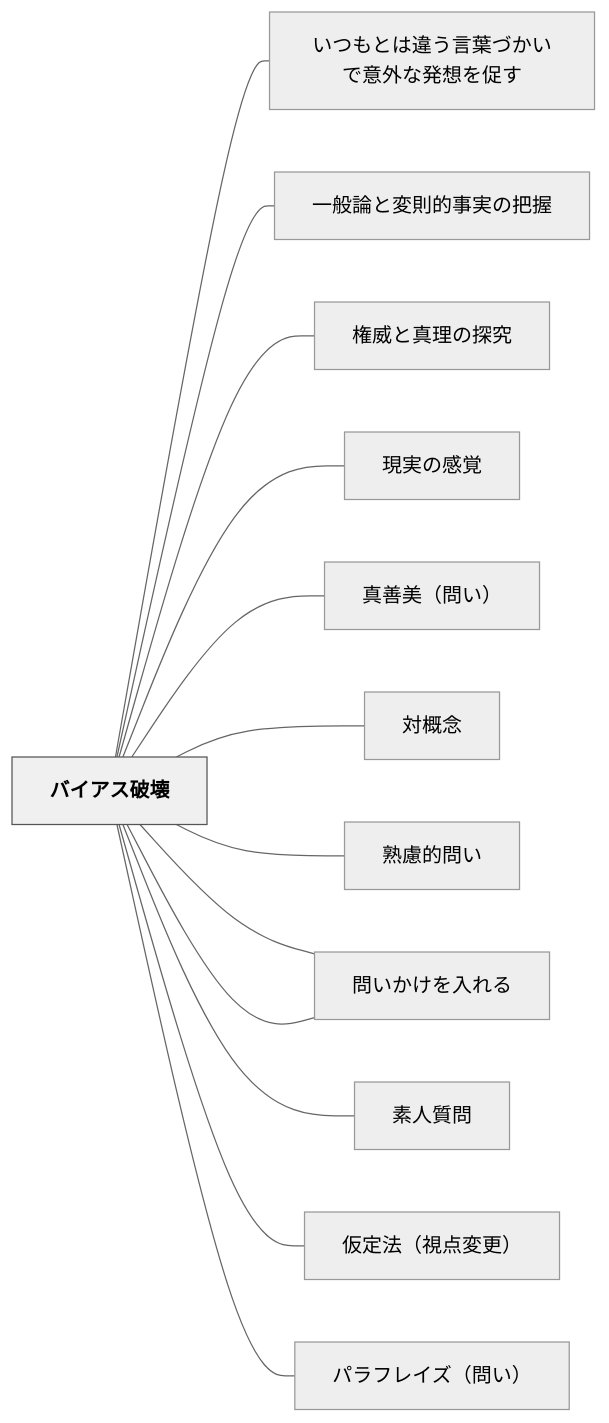
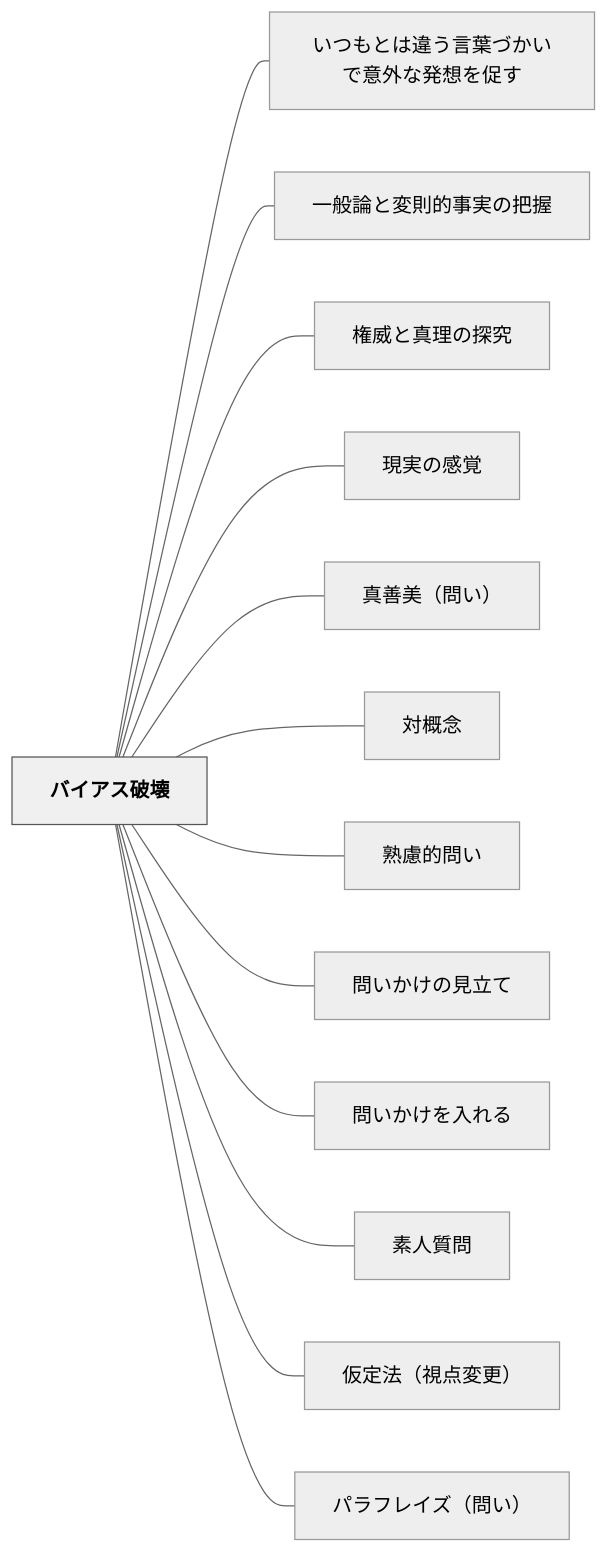
Before and after one commit to unknownthings-ed-patterns/unknownthings-ed-patterns: the diagram in content/パタン/バイアス破壊.md, drawn with Mermaid (neutral theme). The commit also changed 527 other files, not shown here.

````diff
--- a/content/パタン/バイアス破壊.md
+++ b/content/パタン/バイアス破壊.md
@@ -77,32 +77,32 @@
 ```mermaid
 flowchart LR
-    ne38390e382a4["バイアス破壊"]
-    ne38184e381a4["いつもとは違う言葉づかいで意外な発想を促す"]
-    ne4b880e888ac["一般論と変則的事実の把握"]
-    ne6a8a9e5a881["権威と真理の探究"]
-    ne78fbee5ae9f["現実の感覚"]
-    ne79c9fe59684["真善美（問い）"]
-    ne5afbee6a682["対概念"]
-    ne7869fe685ae["熟慮的問い"]
-    ne5958fe38184["問いかけの見立て"]
-    ne5958fe38184["問いかけを入れる"]
-    ne7b4a0e4baba["素人質問"]
-    ne4bbaee5ae9a["仮定法（視点変更）"]
-    ne38391e383a9["パラフレイズ（問い）"]
+    ne38390e382a4e382a2e382b9e7a0b4e5a38a["バイアス破壊"]
+    ne38184e381a4e38282e381a8e381afe98195e38186e8a880e89189e381a5e3818be38184e381a7e6848fe5a496e381aae799bae683b3e38292e4bf83e38199["いつもとは違う言葉づかいで意外な発想を促す"]
+    ne4b880e888ace8ab96e381a8e5a489e58987e79a84e4ba8be5ae9fe381aee68a8ae68fa1["一般論と変則的事実の把握"]
+    ne6a8a9e5a881e381a8e79c9fe79086e381aee68ea2e7a9b6["権威と真理の探究"]
+    ne78fbee5ae9fe381aee6849fe8a69a["現実の感覚"]
+    ne79c9fe59684e7be8eefbc88e5958fe38184efbc89["真善美（問い）"]
+    ne5afbee6a682e5bfb5["対概念"]
+    ne7869fe685aee79a84e5958fe38184["熟慮的問い"]
+    ne5958fe38184e3818be38191e381aee8a68be7ab8be381a6["問いかけの見立て"]
+    ne5958fe38184e3818be38191e38292e585a5e3828ce3828b["問いかけを入れる"]
+    ne7b4a0e4babae8b3aae5958f["素人質問"]
+    ne4bbaee5ae9ae6b395efbc88e8a696e782b9e5a489e69bb4efbc89["仮定法（視点変更）"]
+    ne38391e383a9e38395e383ace382a4e382baefbc88e5958fe38184efbc89["パラフレイズ（問い）"]
 
-    ne38390e382a4 --- ne38184e381a4
-    ne38390e382a4 --- ne4b880e888ac
-    ne38390e382a4 --- ne6a8a9e5a881
-    ne38390e382a4 --- ne78fbee5ae9f
-    ne38390e382a4 --- ne79c9fe59684
-    ne38390e382a4 --- ne5afbee6a682
-    ne38390e382a4 --- ne7869fe685ae
-    ne38390e382a4 --- ne5958fe38184
-    ne38390e382a4 --- ne5958fe38184
-    ne38390e382a4 --- ne7b4a0e4baba
-    ne38390e382a4 --- ne4bbaee5ae9a
-    ne38390e382a4 --- ne38391e383a9
+    ne38390e382a4e382a2e382b9e7a0b4e5a38a --- ne38184e381a4e38282e381a8e381afe98195e38186e8a880e89189e381a5e3818be38184e381a7e6848fe5a496e381aae799bae683b3e38292e4bf83e38199
+    ne38390e382a4e382a2e382b9e7a0b4e5a38a --- ne4b880e888ace8ab96e381a8e5a489e58987e79a84e4ba8be5ae9fe381aee68a8ae68fa1
+    ne38390e382a4e382a2e382b9e7a0b4e5a38a --- ne6a8a9e5a881e381a8e79c9fe79086e381aee68ea2e7a9b6
+    ne38390e382a4e382a2e382b9e7a0b4e5a38a --- ne78fbee5ae9fe381aee6849fe8a69a
+    ne38390e382a4e382a2e382b9e7a0b4e5a38a --- ne79c9fe59684e7be8eefbc88e5958fe38184efbc89
+    ne38390e382a4e382a2e382b9e7a0b4e5a38a --- ne5afbee6a682e5bfb5
+    ne38390e382a4e382a2e382b9e7a0b4e5a38a --- ne7869fe685aee79a84e5958fe38184
+    ne38390e382a4e382a2e382b9e7a0b4e5a38a --- ne5958fe38184e3818be38191e381aee8a68be7ab8be381a6
+    ne38390e382a4e382a2e382b9e7a0b4e5a38a --- ne5958fe38184e3818be38191e38292e585a5e3828ce3828b
+    ne38390e382a4e382a2e382b9e7a0b4e5a38a --- ne7b4a0e4babae8b3aae5958f
+    ne38390e382a4e382a2e382b9e7a0b4e5a38a --- ne4bbaee5ae9ae6b395efbc88e8a696e782b9e5a489e69bb4efbc89
+    ne38390e382a4e382a2e382b9e7a0b4e5a38a --- ne38391e383a9e38395e383ace382a4e382baefbc88e5958fe38184efbc89
 
     classDef hub fill:#f0f0f0,stroke:#555,color:#000,font-weight:bold
-    class ne38390e382a4 hub
+    class ne38390e382a4e382a2e382b9e7a0b4e5a38a hub
 ```
````
